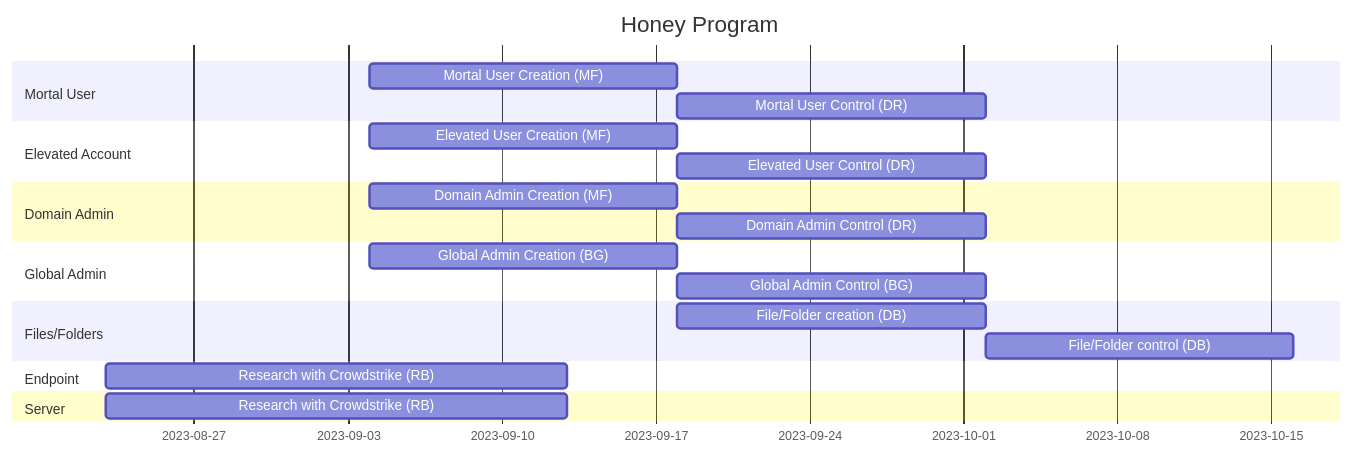
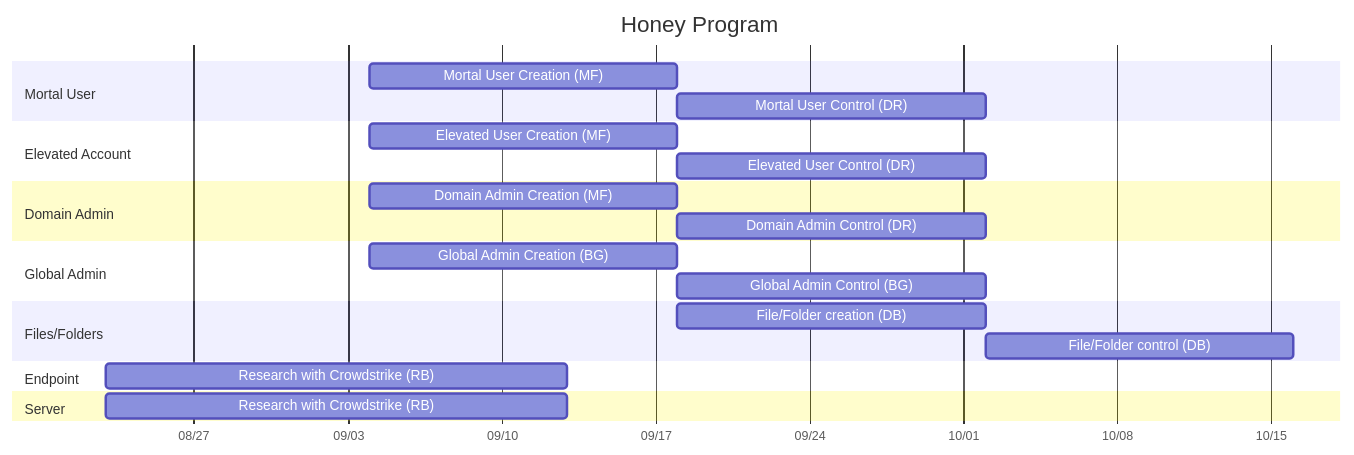
One commit to stahler/MermaidDiagrams changed the diagram in Honey.md. Above: the diagram before and after it, drawn with Mermaid.

Commit message:
Add axisFormat

````diff
--- a/Honey.md
+++ b/Honey.md
@@ -1,36 +1,37 @@
 ```mermaid
 
 gantt
     title Honey Program
     dateFormat  YYYY-MM-DD
     todayMarker on
     tickInterval 1week
+    axisFormat %m/%d
     %% excludes    Weekends
     
 section Mortal User
 Mortal User Creation (MF)       :m1,2023-09-04,2w
 Mortal User Control (DR)        :after m1,2w
 
 section Elevated Account
 Elevated User Creation (MF)     :e1,2023-09-04,2w
 Elevated User Control (DR)      :after e1,2w
 
 section Domain Admin
 Domain Admin Creation (MF)      :d1,2023-09-04,2w
 Domain Admin Control (DR)       :after d1,2w
 
 section Global Admin
 Global Admin Creation (BG)      :g1,2023-09-04,2w
 Global Admin Control (BG)       :after g1,2w
 
 section Files/Folders
 File/Folder creation (DB)       :f1,2023-09-18,2w
 File/Folder control (DB)        :after f1,2w
 
 section Endpoint
 Research with Crowdstrike (RB)  :2023-08-23, 3w
 
 section Server
 Research with Crowdstrike (RB)  :2023-08-23, 3w
 
 ```
````
